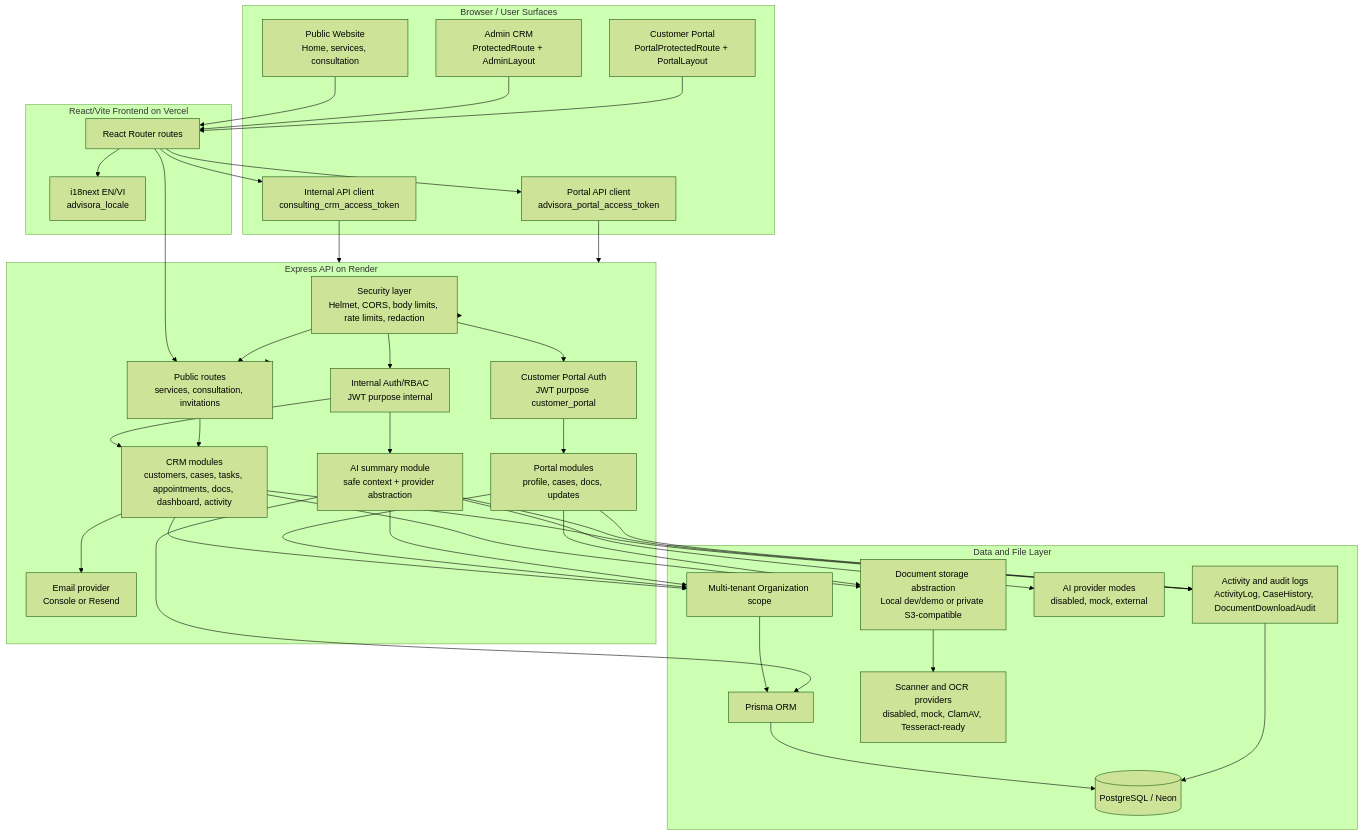
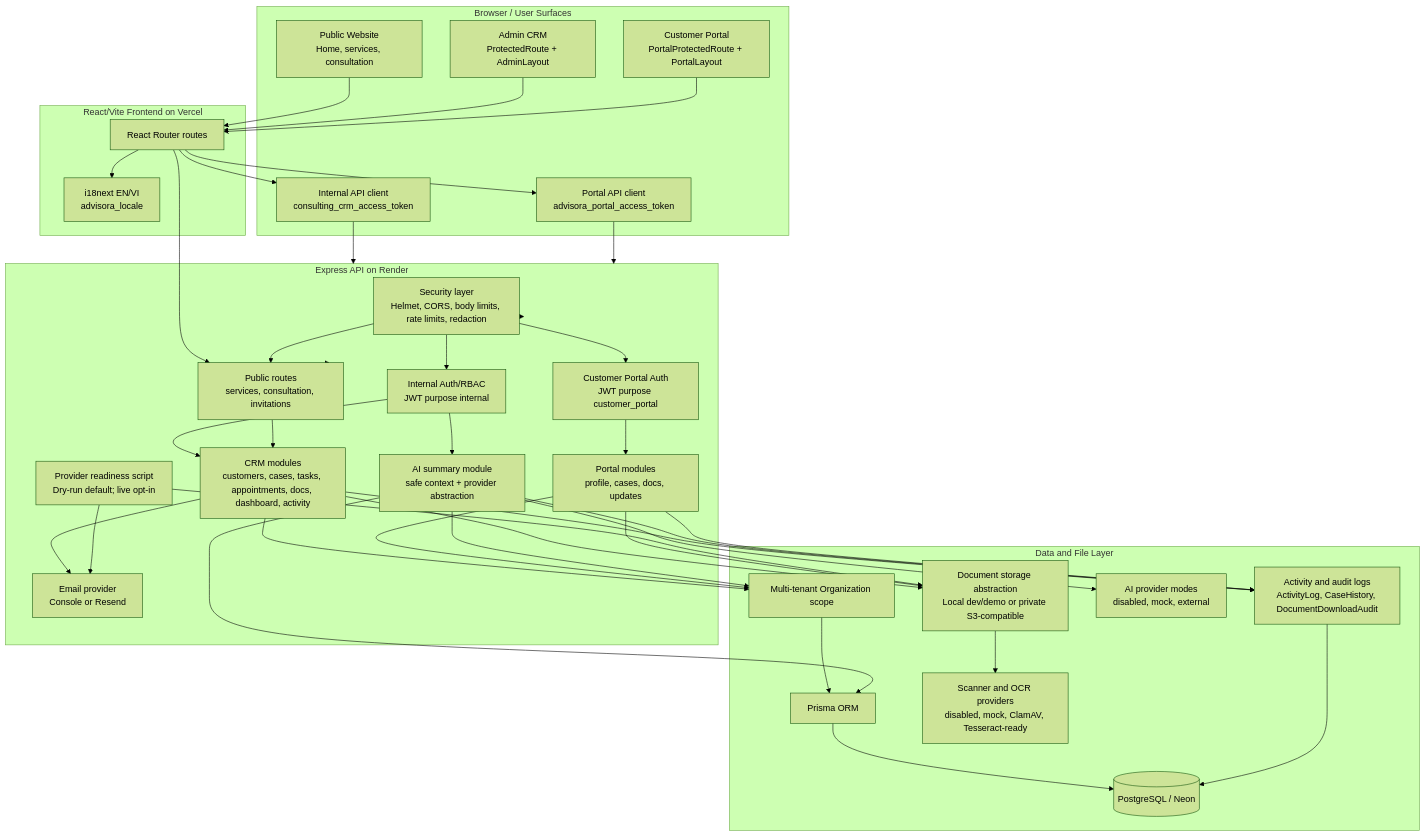
One commit to Ductri2006/Consulting-crm-system changed the first of 7 diagrams in docs/architecture.md. Above: the diagram before and after it, drawn with Mermaid (forest theme). The commit also changed other lines of this file and 18 other files, not shown here.

Commit message:
Add cloud storage and email provider readiness

````diff
--- a/docs/architecture.md
+++ b/docs/architecture.md
@@ -9,73 +9,76 @@
 ```mermaid
 flowchart TB
   subgraph Browser["Browser / User Surfaces"]
     PublicUI["Public Website\nHome, services, consultation"]
     AdminUI["Admin CRM\nProtectedRoute + AdminLayout"]
     PortalUI["Customer Portal\nPortalProtectedRoute + PortalLayout"]
     AdminClient["Internal API client\nconsulting_crm_access_token"]
     PortalClient["Portal API client\nadvisora_portal_access_token"]
   end
 
   subgraph Frontend["React/Vite Frontend on Vercel"]
     Router["React Router routes"]
     I18n["i18next EN/VI\nadvisora_locale"]
   end
 
   subgraph Backend["Express API on Render"]
     Hardening["Security layer\nHelmet, CORS, body limits, rate limits, redaction"]
     PublicRoutes["Public routes\nservices, consultation, invitations"]
     InternalAuth["Internal Auth/RBAC\nJWT purpose internal"]
     PortalAuth["Customer Portal Auth\nJWT purpose customer_portal"]
     Modules["CRM modules\ncustomers, cases, tasks, appointments, docs, dashboard, activity"]
     AIModule["AI summary module\nsafe context + provider abstraction"]
     PortalModules["Portal modules\nprofile, cases, docs, updates"]
     Email["Email provider\nConsole or Resend"]
+    ProviderReady["Provider readiness script\nDry-run default; live opt-in"]
   end
 
   subgraph Data["Data and File Layer"]
     Tenant["Multi-tenant Organization scope"]
     Prisma["Prisma ORM"]
     DB[("PostgreSQL / Neon")]
     Storage["Document storage abstraction\nLocal dev/demo or private S3-compatible"]
     Scanner["Scanner and OCR providers\ndisabled, mock, ClamAV, Tesseract-ready"]
     AIProvider["AI provider modes\ndisabled, mock, external"]
     Audit["Activity and audit logs\nActivityLog, CaseHistory, DocumentDownloadAudit"]
   end
 
   PublicUI --> Router
   AdminUI --> Router
   PortalUI --> Router
   Router --> I18n
   Router --> AdminClient
   Router --> PortalClient
   Router --> PublicRoutes
 
   AdminClient --> Backend
   PortalClient --> Backend
   PublicRoutes --> Backend
 
   Backend --> Hardening
   Hardening --> InternalAuth
   Hardening --> PortalAuth
   Hardening --> PublicRoutes
   InternalAuth --> Modules
   InternalAuth --> AIModule
   PortalAuth --> PortalModules
   PublicRoutes --> Modules
 
   Modules --> Tenant
   PortalModules --> Tenant
   Tenant --> Prisma
   Prisma --> DB
   Modules --> Storage
   PortalModules --> Storage
   Storage --> Scanner
   Modules --> Audit
   AIModule --> Tenant
   AIModule --> Prisma
   AIModule --> AIProvider
   AIModule --> Audit
   PortalModules --> Audit
   Audit --> DB
   Modules --> Email
+  ProviderReady --> Storage
+  ProviderReady --> Email
 ```
````
